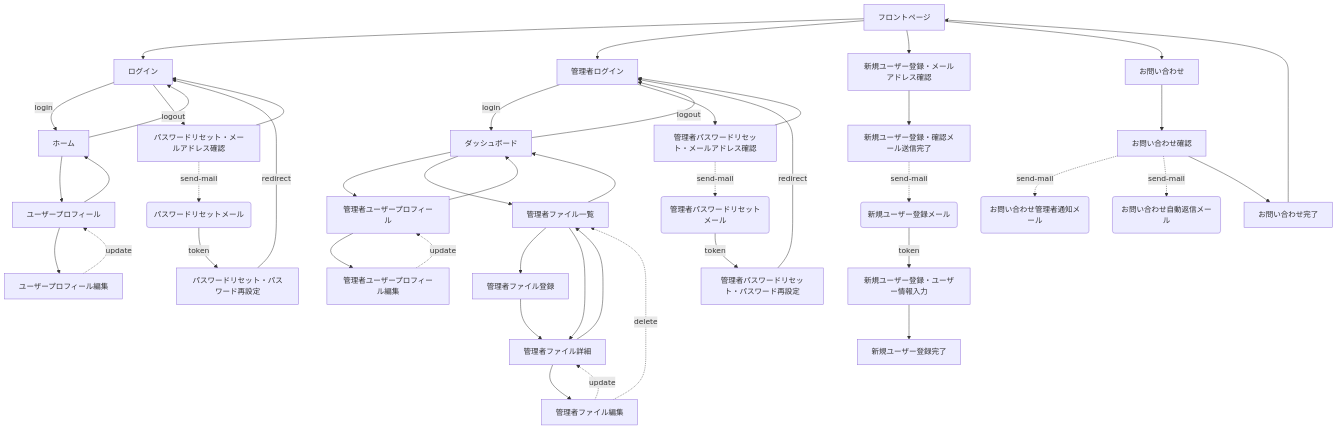
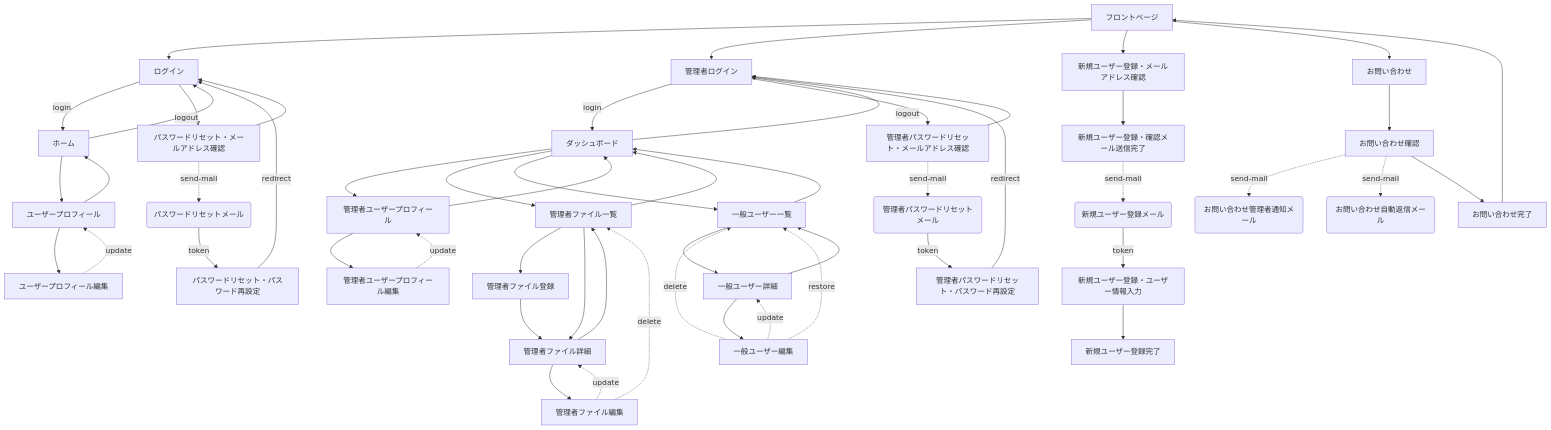
Before and after one commit to DesignSupply/startify-app: the first of 2 diagrams in .cursor/rules/app-overview.mdc, drawn with Mermaid. The commit also changed other lines of this file, not shown here.

Commit message:
[update] ドキュメント更新

````diff
--- a/.cursor/rules/app-overview.mdc
+++ b/.cursor/rules/app-overview.mdc
@@ -54,48 +57,56 @@
 ```mermaid
 flowchart TD
     frontpage["フロントページ"] --> signin["ログイン"]
     signin -- login -->  home["ホーム"]
     home -- logout --> signin
     frontpage --> admin["管理者ログイン"]
     admin -- login --> dashboard["ダッシュボード"]
     dashboard -- logout --> admin
     signin --> password-forgot["パスワードリセット・メールアドレス確認"]
     password-forgot -.-> |send-mail| mail-password-forgot("パスワードリセットメール")
     mail-password-forgot -- token --> password-reset["パスワードリセット・パスワード再設定"]
     password-reset -- redirect --> signin
     password-forgot --> signin
     admin --> admin-password-forgot["管理者パスワードリセット・メールアドレス確認"]
     admin-password-forgot -.-> |send-mail| mail-admin-password-forgot("管理者パスワードリセットメール")
     mail-admin-password-forgot -- token --> admin-password-reset["管理者パスワードリセット・パスワード再設定"]
     admin-password-reset -- redirect --> admin
     admin-password-forgot --> admin
     frontpage --> signup["新規ユーザー登録・メールアドレス確認"]
     signup --> signup-pending["新規ユーザー登録・確認メール送信完了"]
     signup-pending -.-> |send-mail| mail-signup("新規ユーザー登録メール")
     mail-signup -- token --> signup-register["新規ユーザー登録・ユーザー情報入力"]
     signup-register --> signup-complete["新規ユーザー登録完了"]
     home --> profile["ユーザープロフィール"]
     profile --> home
     profile --> profile-edit["ユーザープロフィール編集"]
     profile-edit -.-> |update| profile
     dashboard --> admin-profile["管理者ユーザープロフィール"]
     admin-profile --> dashboard
     admin-profile --> admin-profile-edit["管理者ユーザープロフィール編集"]
     admin-profile-edit -.-> |update| admin-profile
     dashboard --> admin-files["管理者ファイル一覧"]
+    dashboard --> admin-users["一般ユーザー一覧"]
     admin-files --> dashboard
     admin-files --> admin-files-create["管理者ファイル登録"]
     admin-files-create --> admin-files-show["管理者ファイル詳細"]
     admin-files --> admin-files-show
     admin-files-show --> admin-files
     admin-files-show --> admin-files-edit["管理者ファイル編集"]
     admin-files-edit -.-> |update| admin-files-show
     admin-files-edit -.-> |delete| admin-files
+    admin-users --> dashboard
+    admin-users --> admin-users-show["一般ユーザー詳細"]
+    admin-users-show --> admin-users-edit["一般ユーザー編集"]
+    admin-users-show --> admin-users
+    admin-users-edit -.-> |update| admin-users-show
+    admin-users-edit -.-> |delete| admin-users
+    admin-users-edit -.-> |restore| admin-users
     frontpage --> contact["お問い合わせ"]
     contact --> contact-confirm["お問い合わせ確認"]
     contact-confirm -.-> |send-mail| mail-contact-notification("お問い合わせ管理者通知メール")
     contact-confirm -.-> |send-mail| mail-contact-reply("お問い合わせ自動返信メール")
     contact-confirm --> contact-thanks["お問い合わせ完了"]
     contact-thanks --> frontpage
 
 ```
````
